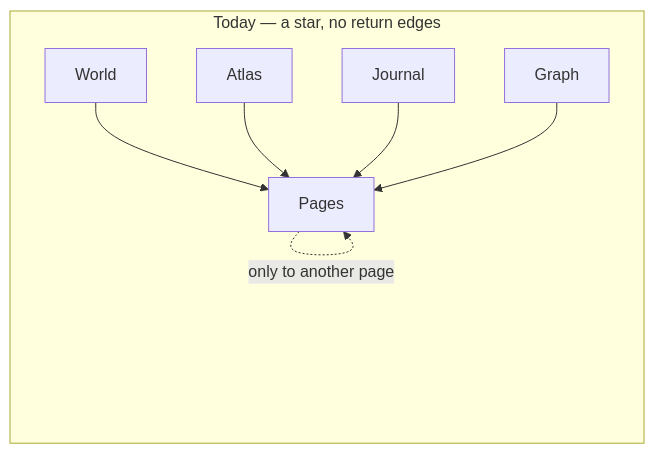
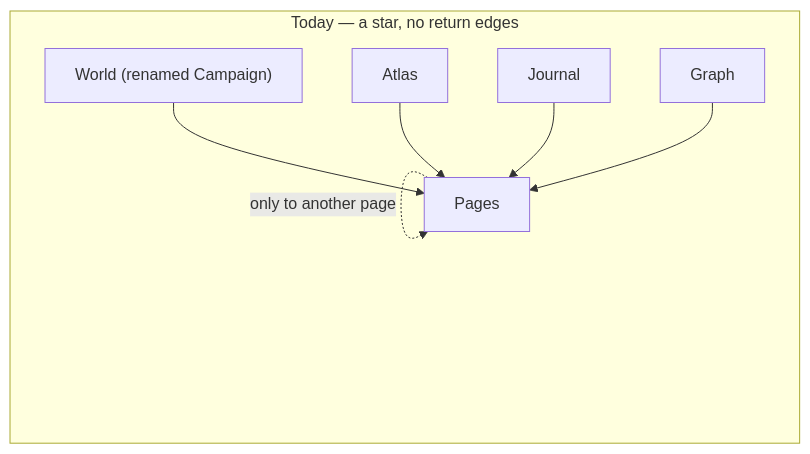
One commit to marcsfsh/OzyVTT changed the first of 2 diagrams in docs/product/codex-suite-design.md. Above: the diagram before and after it, drawn with Mermaid. The commit also changed other lines of this file and 4 other files, not shown here.

First line of the commit message:
Codex suite overhaul — campaign tracking architecture and M8-M12 handoff

````diff
--- a/docs/product/codex-suite-design.md
+++ b/docs/product/codex-suite-design.md
@@ -90,10 +113,10 @@
 ```mermaid
 graph LR
   subgraph TODAY["Today — a star, no return edges"]
-    W1[World] --> P1[Pages]
+    W1["World (renamed Campaign)"] --> P1[Pages]
     A1[Atlas] --> P1
     J1[Journal] --> P1
     G1[Graph] --> P1
     P1 -.->|only to another page| P1
   end
 ```
````
